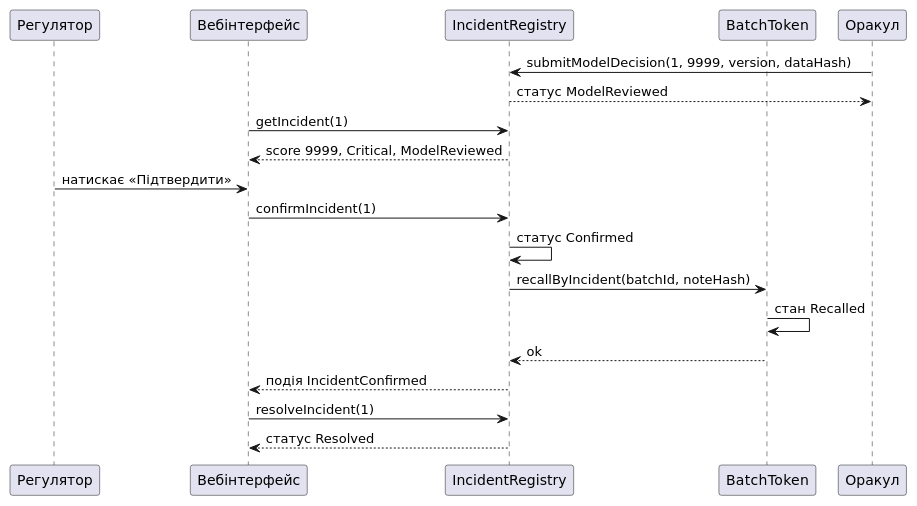
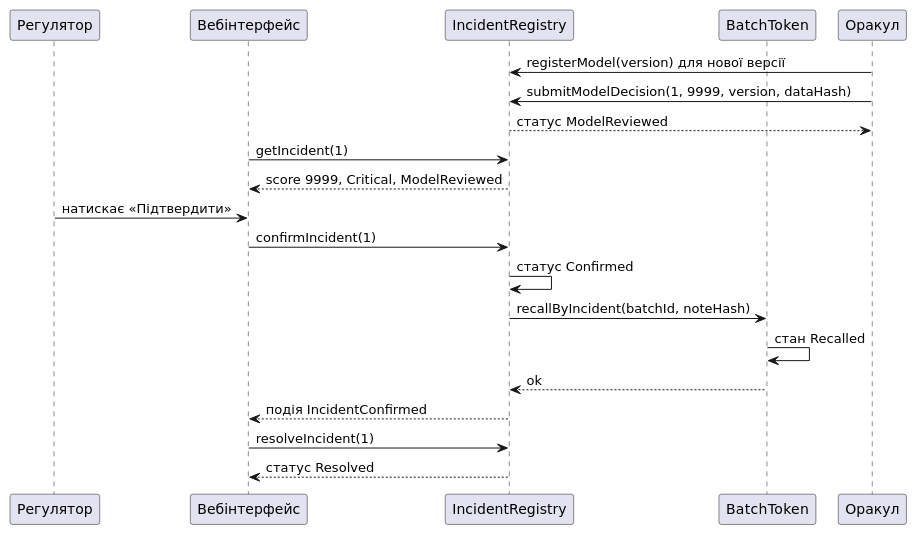
One commit to NureOsychenkoIllia/pharmatrace changed the diagram in diagrams/05_sequence_recall.puml. Above: the diagram before and after it, drawn with PlantUML. The commit also changed 44 other files, not shown here.

```diff
--- a/diagrams/05_sequence_recall.puml
+++ b/diagrams/05_sequence_recall.puml
@@ -1,22 +1,23 @@
 @startuml
 skinparam defaultFontName "DejaVu Sans"
 participant "Регулятор" as Reg
 participant "Вебінтерфейс" as UI
 participant "IncidentRegistry" as Incident
 participant "BatchToken" as Batch
 participant "Оракул" as Oracle
 
+Oracle -> Incident : registerModel(version) для нової версії
 Oracle -> Incident : submitModelDecision(1, 9999, version, dataHash)
 Incident --> Oracle : статус ModelReviewed
 UI -> Incident : getIncident(1)
 Incident --> UI : score 9999, Critical, ModelReviewed
 Reg -> UI : натискає «Підтвердити»
 UI -> Incident : confirmIncident(1)
 Incident -> Incident : статус Confirmed
 Incident -> Batch : recallByIncident(batchId, noteHash)
 Batch -> Batch : стан Recalled
 Batch --> Incident : ok
 Incident --> UI : подія IncidentConfirmed
 UI -> Incident : resolveIncident(1)
 Incident --> UI : статус Resolved
 @enduml
```
